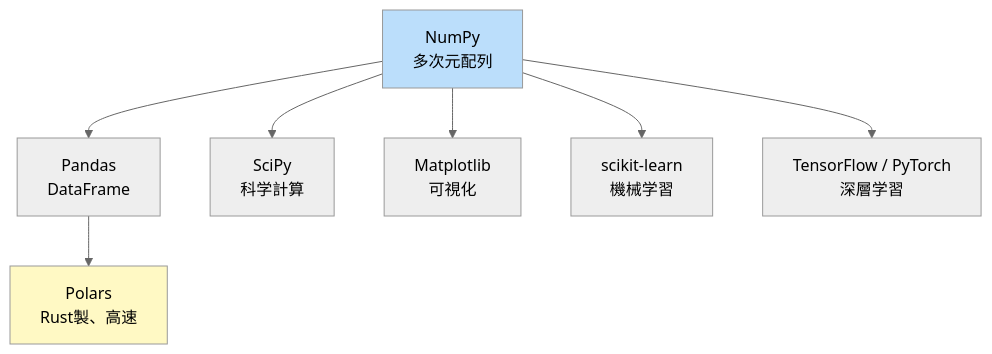
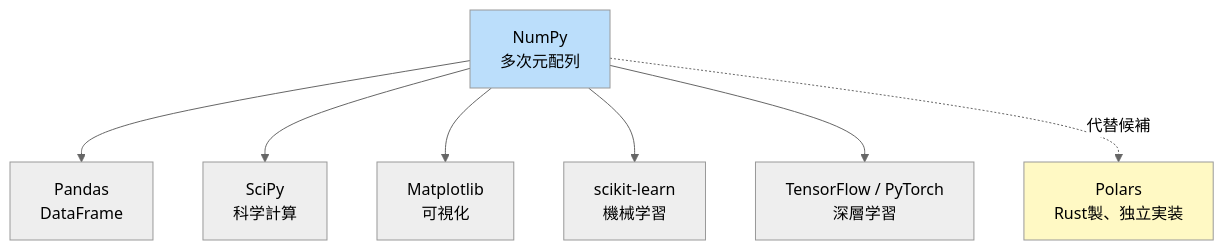
Before and after one commit to ryotaro-boost/web-engineer-knowledge-layers: the fourth of 4 diagrams in details/Python.md, drawn with Mermaid (neutral theme). The commit also changed other lines of this file and 7 other files, not shown here.

````diff
--- a/details/Python.md
+++ b/details/Python.md
@@ -504,13 +504,13 @@
 ```mermaid
 graph TD
     NUM[NumPy<br/>多次元配列] --> PD[Pandas<br/>DataFrame]
     NUM --> SP[SciPy<br/>科学計算]
     NUM --> MAT[Matplotlib<br/>可視化]
     NUM --> SK[scikit-learn<br/>機械学習]
     NUM --> TF[TensorFlow / PyTorch<br/>深層学習]
 
-    PD --> POL[Polars<br/>Rust製、高速]
+    NUM -.->|"代替候補"| POL[Polars<br/>Rust製、独立実装]
 
     style NUM fill:#bbdefb
     style POL fill:#fff9c4
 ```
````
